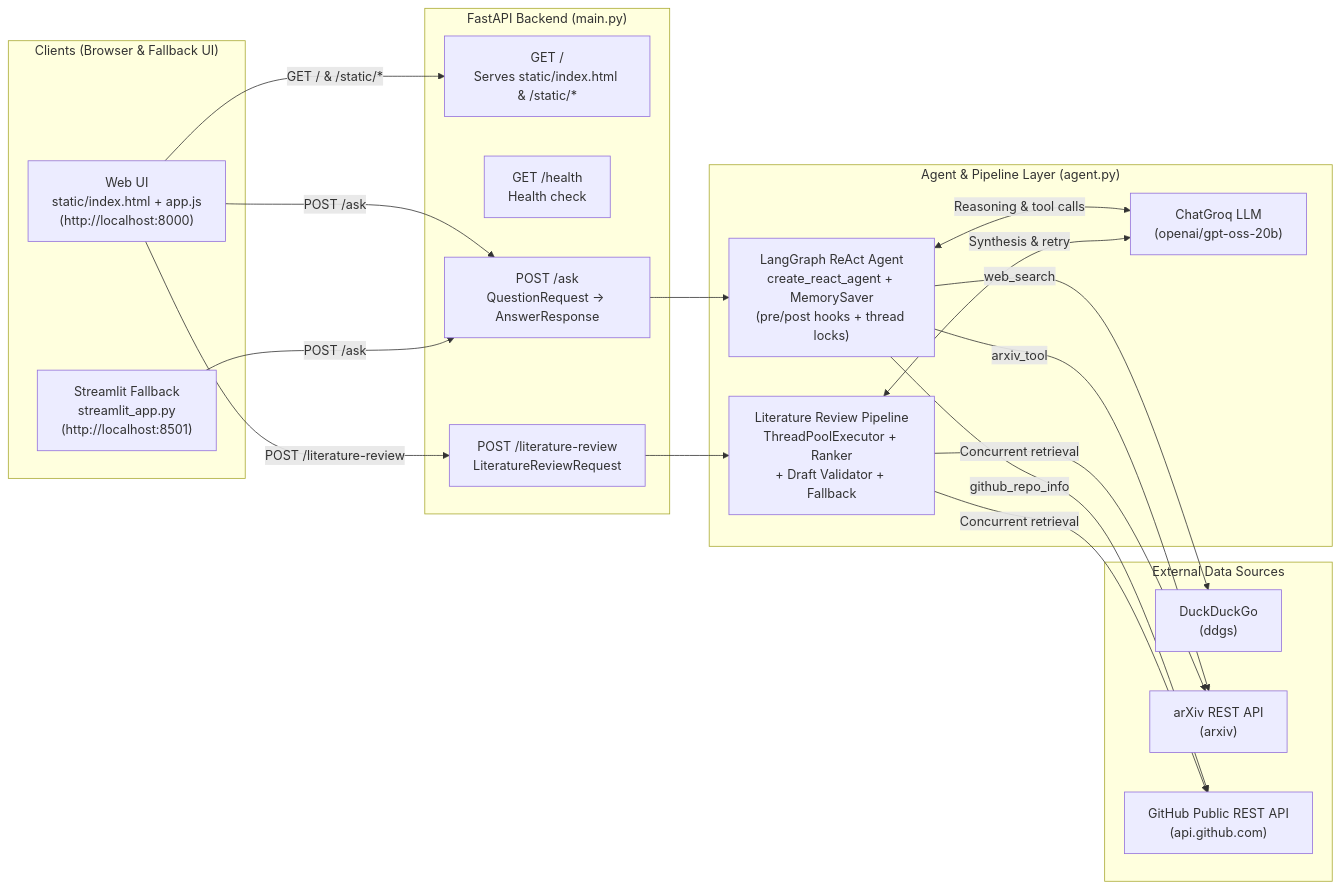
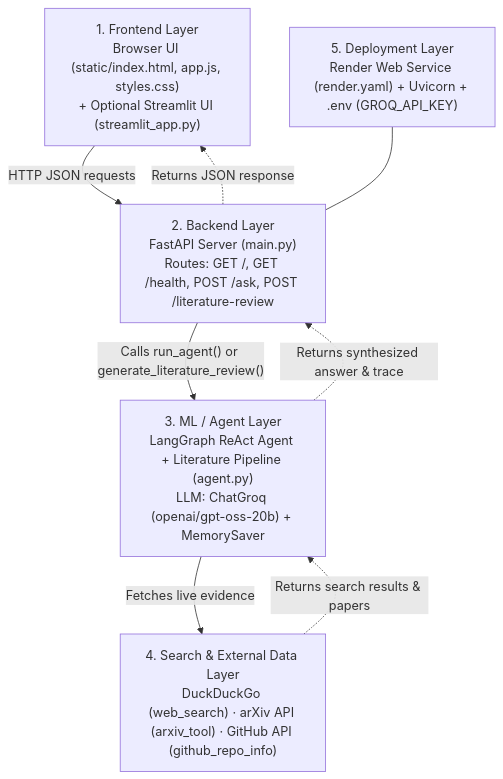
One commit to Aryanwadhwa14/Research_Atelier changed the first of 3 diagrams in README.md. Above: the diagram before and after it, drawn with Mermaid. The commit also changed other lines of this file, not shown here.

````diff
--- a/README.md
+++ b/README.md
@@ -13,43 +17,16 @@
 ```mermaid
-flowchart LR
-    subgraph Clients["Clients (Browser & Fallback UI)"]
-        WebUI["Web UI\nstatic/index.html + app.js\n(http://localhost:8000)"]
-        StreamlitUI["Streamlit Fallback\nstreamlit_app.py\n(http://localhost:8501)"]
-    end
+flowchart TB
+    L1["1. Frontend Layer<br/>Browser UI (static/index.html, app.js, styles.css)<br/>+ Optional Streamlit UI (streamlit_app.py)"]
+    L2["2. Backend Layer<br/>FastAPI Server (main.py)<br/>Routes: GET /, GET /health, POST /ask, POST /literature-review"]
+    L3["3. ML / Agent Layer<br/>LangGraph ReAct Agent + Literature Pipeline (agent.py)<br/>LLM: ChatGroq (openai/gpt-oss-20b) + MemorySaver"]
+    L4["4. Search & External Data Layer<br/>DuckDuckGo (web_search) · arXiv API (arxiv_tool) · GitHub API (github_repo_info)"]
+    L5["5. Deployment Layer<br/>Render Web Service (render.yaml) + Uvicorn + .env (GROQ_API_KEY)"]
 
-    subgraph API["FastAPI Backend (main.py)"]
-        StaticRoute["GET /\nServes static/index.html & /static/*"]
-        HealthRoute["GET /health\nHealth check"]
-        AskRoute["POST /ask\nQuestionRequest → AnswerResponse"]
-        LitRoute["POST /literature-review\nLiteratureReviewRequest"]
-    end
-
-    subgraph Core["Agent & Pipeline Layer (agent.py)"]
-        ReactAgent["LangGraph ReAct Agent\ncreate_react_agent + MemorySaver\n(pre/post hooks + thread locks)"]
-        LitPipeline["Literature Review Pipeline\nThreadPoolExecutor + Ranker\n+ Draft Validator + Fallback"]
-        LLM["ChatGroq LLM\n(openai/gpt-oss-20b)"]
-    end
-
-    subgraph Tools["External Data Sources"]
-        DDG["DuckDuckGo\n(ddgs)"]
-        ArXiv["arXiv REST API\n(arxiv)"]
-        GitHub["GitHub Public REST API\n(api.github.com)"]
-    end
-
-    WebUI -->|"GET / & /static/*"| StaticRoute
-    WebUI -->|"POST /ask"| AskRoute
-    WebUI -->|"POST /literature-review"| LitRoute
-    StreamlitUI -->|"POST /ask"| AskRoute
-
-    AskRoute --> ReactAgent
-    LitRoute --> LitPipeline
-
-    ReactAgent <-->|"Reasoning & tool calls"| LLM
-    ReactAgent -->|"web_search"| DDG
-    ReactAgent -->|"arxiv_tool"| ArXiv
-    ReactAgent -->|"github_repo_info"| GitHub
-
-    LitPipeline -->|"Concurrent retrieval"| ArXiv
-    LitPipeline -->|"Concurrent retrieval"| GitHub
-    LitPipeline <-->|"Synthesis & retry"| LLM
+    L1 -->|"HTTP JSON requests"| L2
+    L2 -->|"Calls run_agent() or generate_literature_review()"| L3
+    L3 -->|"Fetches live evidence"| L4
+    L4 -.->|"Returns search results & papers"| L3
+    L3 -.->|"Returns synthesized answer & trace"| L2
+    L2 -.->|"Returns JSON response"| L1
+    L5 --- L2
 ```
````
